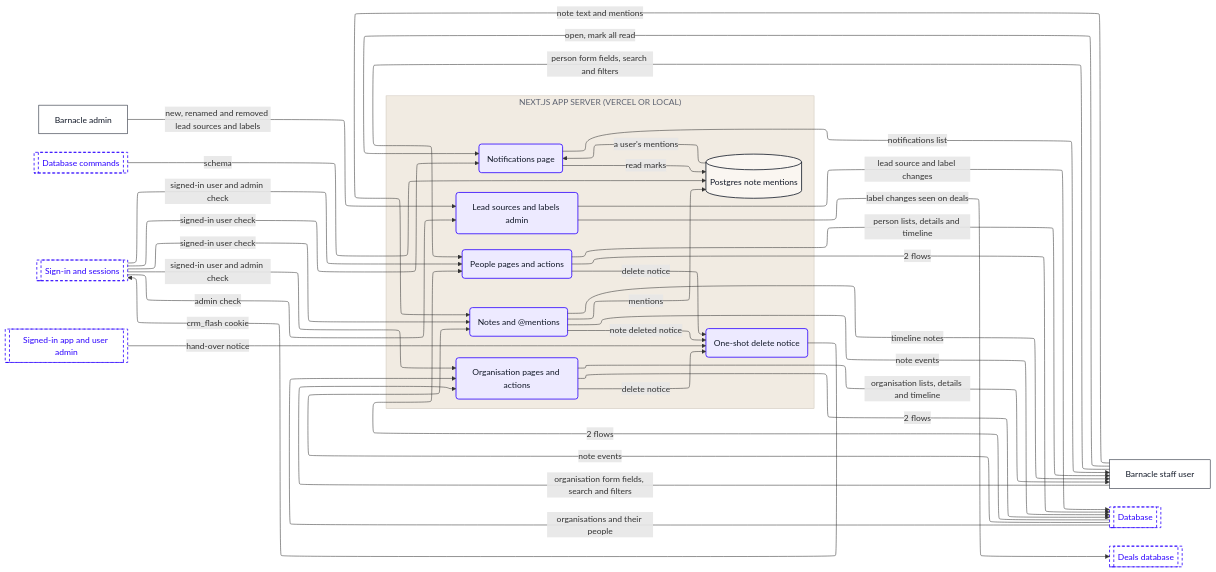
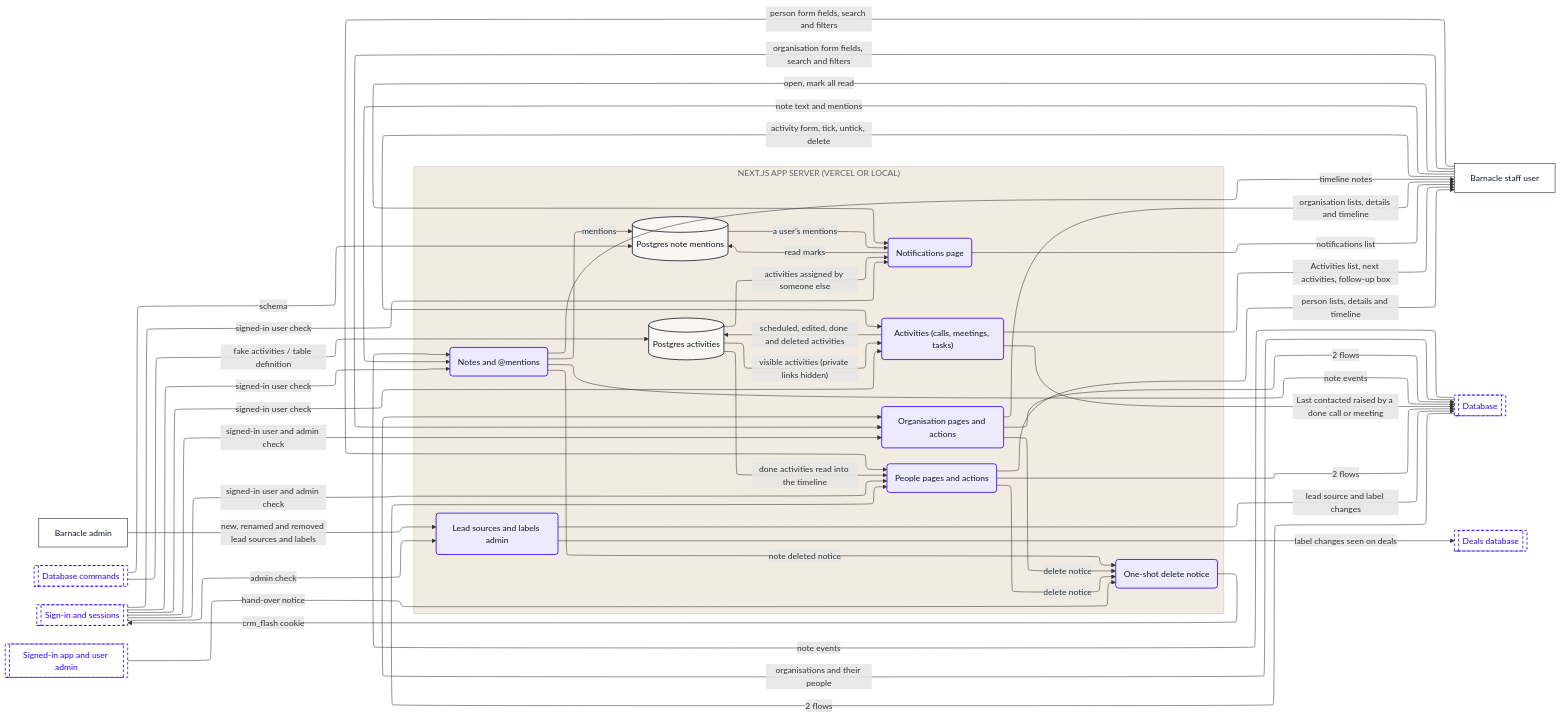
Before and after one commit to Romain-Perche/Barnacle-Pipe: the seventh of 10 diagrams in dataflow/DATAFLOW.md, drawn with Mermaid. The commit also changed other lines of this file and 11 other files, not shown here.

````diff
--- a/dataflow/DATAFLOW.md
+++ b/dataflow/DATAFLOW.md
@@ -344,65 +345,76 @@
 ```mermaid
 ---
 config:
   layout: elk
 ---
 flowchart LR
     n1["Barnacle admin"]
     n2["Barnacle staff user"]
     subgraph z1["NEXT.JS APP SERVER (VERCEL OR LOCAL)"]
-        n3("Lead sources and labels admin")
-        n4[("Postgres note mentions")]
-        n5("Notes and @mentions")
-        n6("Notifications page")
-        n7("Organisation pages and actions")
-        n8("People pages and actions")
-        n9("One-shot delete notice")
+        n3("Activities (calls, meetings, tasks)")
+        n4[("Postgres activities")]
+        n5("Lead sources and labels admin")
+        n6[("Postgres note mentions")]
+        n7("Notes and @mentions")
+        n8("Notifications page")
+        n9("Organisation pages and actions")
+        n10("People pages and actions")
+        n11("One-shot delete notice")
     end
-    n10[["Database"]]
-    n11[["Database commands"]]
-    n12[["Deals database"]]
-    n13[["Sign-in and sessions"]]
-    n14[["Signed-in app and user admin"]]
-    n1 -->|"new, renamed and removed lead sources and labels"| n3
-    n3 -->|"lead source and label changes"| n10
-    n3 -->|"label changes seen on deals"| n12
-    n10 -->|"2 flows"| n8
-    n11 -->|"schema"| n4
-    n4 -->|"a user's mentions"| n6
-    n5 -->|"mentions"| n4
-    n5 -->|"note deleted notice"| n9
-    n5 -->|"timeline notes"| n2
-    n5 -->|"note events"| n10
-    n6 -->|"read marks"| n4
-    n6 -->|"notifications list"| n2
-    n7 -->|"2 flows"| n10
-    n7 -->|"delete notice"| n9
-    n7 -->|"organisation lists, details and timeline"| n2
-    n10 -->|"organisations and their people"| n7
-    n8 -->|"2 flows"| n10
-    n8 -->|"delete notice"| n9
-    n8 -->|"person lists, details and timeline"| n2
-    n9 -->|"crm_flash cookie"| n13
-    n13 -->|"admin check"| n3
-    n13 -->|"signed-in user check"| n5
-    n13 -->|"signed-in user check"| n6
-    n13 -->|"signed-in user and admin check"| n7
-    n13 -->|"signed-in user and admin check"| n8
-    n2 -->|"note text and mentions"| n5
-    n2 -->|"open, mark all read"| n6
-    n2 -->|"organisation form fields, search and filters"| n7
-    n2 -->|"person form fields, search and filters"| n8
-    n10 -->|"note events"| n5
-    n14 -->|"hand-over notice"| n9
+    n12[["Database"]]
+    n13[["Database commands"]]
+    n14[["Deals database"]]
+    n15[["Sign-in and sessions"]]
+    n16[["Signed-in app and user admin"]]
+    n3 -->|"scheduled, edited, done and deleted activities"| n4
+    n3 -->|"Last contacted raised by a done call or meeting"| n12
+    n3 -->|"Activities list, next activities, follow-up box"| n2
+    n4 -->|"visible activities (private links hidden)"| n3
+    n4 -->|"activities assigned by someone else"| n8
+    n4 -->|"done activities read into the timeline"| n10
+    n1 -->|"new, renamed and removed lead sources and labels"| n5
+    n5 -->|"lead source and label changes"| n12
+    n5 -->|"label changes seen on deals"| n14
+    n12 -->|"2 flows"| n10
+    n13 -->|"fake activities / table definition"| n4
+    n13 -->|"schema"| n6
+    n6 -->|"a user's mentions"| n8
+    n7 -->|"mentions"| n6
+    n7 -->|"note deleted notice"| n11
+    n7 -->|"timeline notes"| n2
+    n7 -->|"note events"| n12
+    n8 -->|"read marks"| n6
+    n8 -->|"notifications list"| n2
+    n9 -->|"2 flows"| n12
+    n9 -->|"delete notice"| n11
+    n9 -->|"organisation lists, details and timeline"| n2
+    n12 -->|"organisations and their people"| n9
+    n10 -->|"2 flows"| n12
+    n10 -->|"delete notice"| n11
+    n10 -->|"person lists, details and timeline"| n2
+    n11 -->|"crm_flash cookie"| n15
+    n15 -->|"signed-in user check"| n3
+    n15 -->|"admin check"| n5
+    n15 -->|"signed-in user check"| n7
+    n15 -->|"signed-in user check"| n8
+    n15 -->|"signed-in user and admin check"| n9
+    n15 -->|"signed-in user and admin check"| n10
+    n2 -->|"activity form, tick, untick, delete"| n3
+    n2 -->|"note text and mentions"| n7
+    n2 -->|"open, mark all read"| n8
+    n2 -->|"organisation form fields, search and filters"| n9
+    n2 -->|"person form fields, search and filters"| n10
+    n12 -->|"note events"| n7
+    n16 -->|"hand-over notice"| n11
     classDef actor fill:#FFFFFF,stroke:#111827,stroke-width:1px,color:#111827
     classDef process fill:#EDEAFF,stroke:#2B00FF,stroke-width:1.5px,color:#111827
     classDef store fill:#FAF6F1,stroke:#111827,stroke-width:1.5px,color:#111827
     classDef zone fill:#1A1A1A,stroke:#1A1A1A,color:#FFFFFF
     classDef group fill:#2B00FF,stroke:#2B00FF,color:#FFFFFF
     classDef stub fill:#FFFFFF,stroke:#2B00FF,stroke-width:1.5px,stroke-dasharray:5 4,color:#2B00FF
     class n1,n2 actor
-    class n3,n5,n6,n7,n8,n9 process
-    class n4 store
-    class n10,n11,n12,n13,n14 stub
+    class n3,n5,n7,n8,n9,n10,n11 process
+    class n4,n6 store
+    class n12,n13,n14,n15,n16 stub
     style z1 fill:#F1EBE2,stroke:#CFC7BB,color:#5D6270
 ```
````
